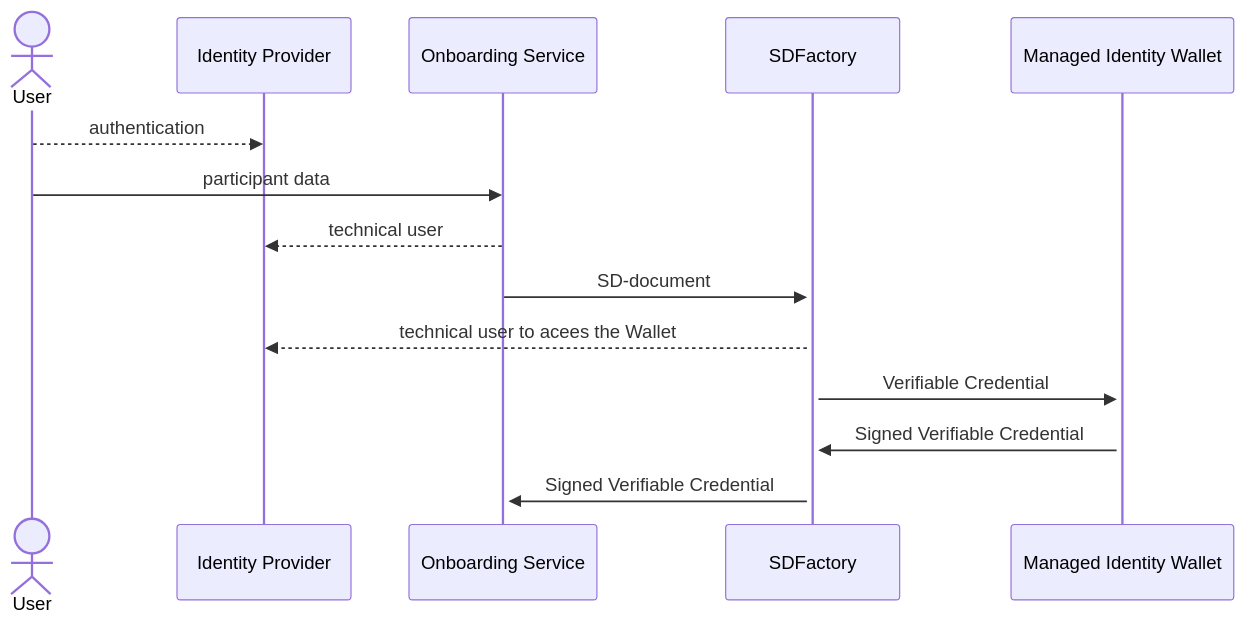
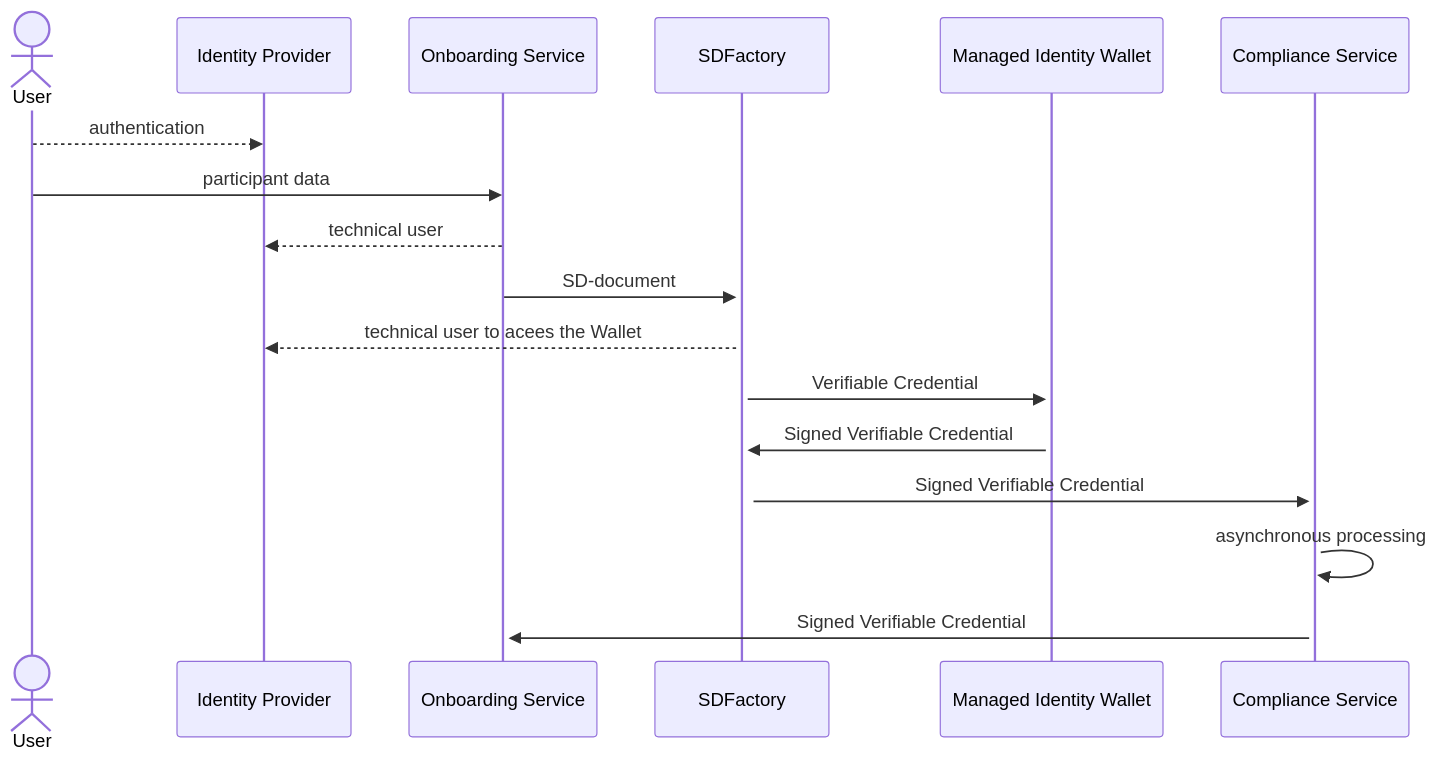
The diagram in README.md (eclipse-tractusx/sd-factory), drawn with Mermaid before and after one commit. The commit also changed other lines of this file and 1 other file, not shown here.

````diff
--- a/README.md
+++ b/README.md
@@ -15,13 +16,15 @@
 ```mermaid
 sequenceDiagram
 	actor User
 	User-->>Identity Provider: authentication
 	User->>Onboarding Service: participant data
 	Onboarding Service-->>Identity Provider: technical user
 	Onboarding Service->>+SDFactory: SD-document 
     SDFactory-->>Identity Provider: technical user to acees the Wallet
     SDFactory->>+Managed Identity Wallet: Verifiable Credential
     Managed Identity Wallet->>+SDFactory: Signed Verifiable Credential
-    SDFactory->>+Onboarding Service: Signed Verifiable Credential
+    SDFactory->>+Compliance Service: Signed Verifiable Credential
+    Compliance Service->>Compliance Service: asynchronous processing
+    Compliance Service->>+Onboarding Service: Signed Verifiable Credential
 	
 ```
````
